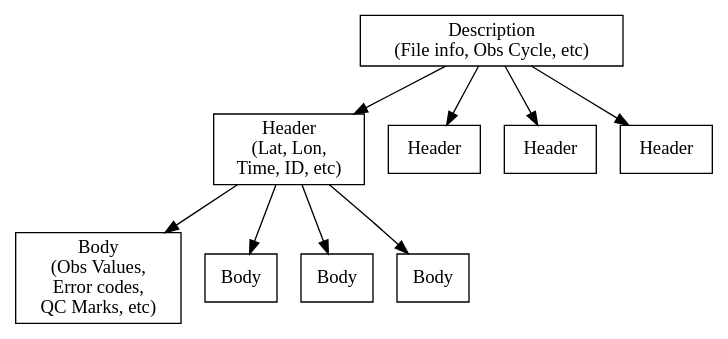
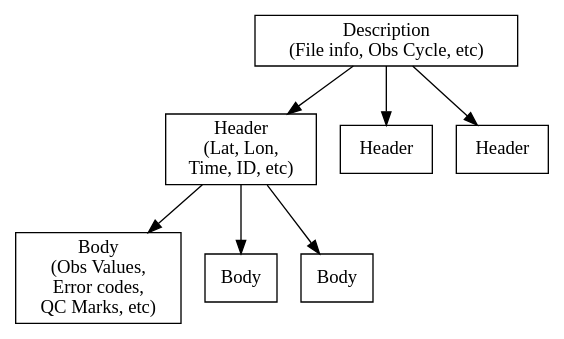
Before and after one commit to srherbener/my-diagrams: the diagram in ODB/odb1_table_org.gv, drawn with Graphviz.

```diff
--- a/ODB/odb1_table_org.gv
+++ b/ODB/odb1_table_org.gv
@@ -1,23 +1,19 @@
 digraph ClassStruct
   {
-  Desc [ shape=box, label="Description\n(File info, Obs Cycle, etc)" ];
-  Hdr  [ shape=box, label="Header\n(Lat, Lon,\nTime, ID, etc)" ];
-  Body [ shape=box, label="Body\n(Obs Values,\nError codes,\nQC Marks, etc)" ];
+  Desc  [ shape=box, label="Description\n(File info, Obs Cycle, etc)" ];
+  Hdr1  [ shape=box, label="Header\n(Lat, Lon,\nTime, ID, etc)" ];
+  Body1 [ shape=box, label="Body\n(Obs Values,\nError codes,\nQC Marks, etc)" ];
 
-  Hdr1 [ shape=box, label="Header" ];
   Hdr2 [ shape=box, label="Header" ];
   Hdr3 [ shape=box, label="Header" ];
 
-  Body1 [ shape=box, label="Body" ];
   Body2 [ shape=box, label="Body" ];
   Body3 [ shape=box, label="Body" ];
 
-  Desc -> Hdr -> Body;
-  Desc -> Hdr1;
+  Desc -> Hdr1 -> Body1;
   Desc -> Hdr2;
   Desc -> Hdr3;
 
-  Hdr -> Body1;
-  Hdr -> Body2;
-  Hdr -> Body3;
+  Hdr1 -> Body2;
+  Hdr1 -> Body3;
   }
```
